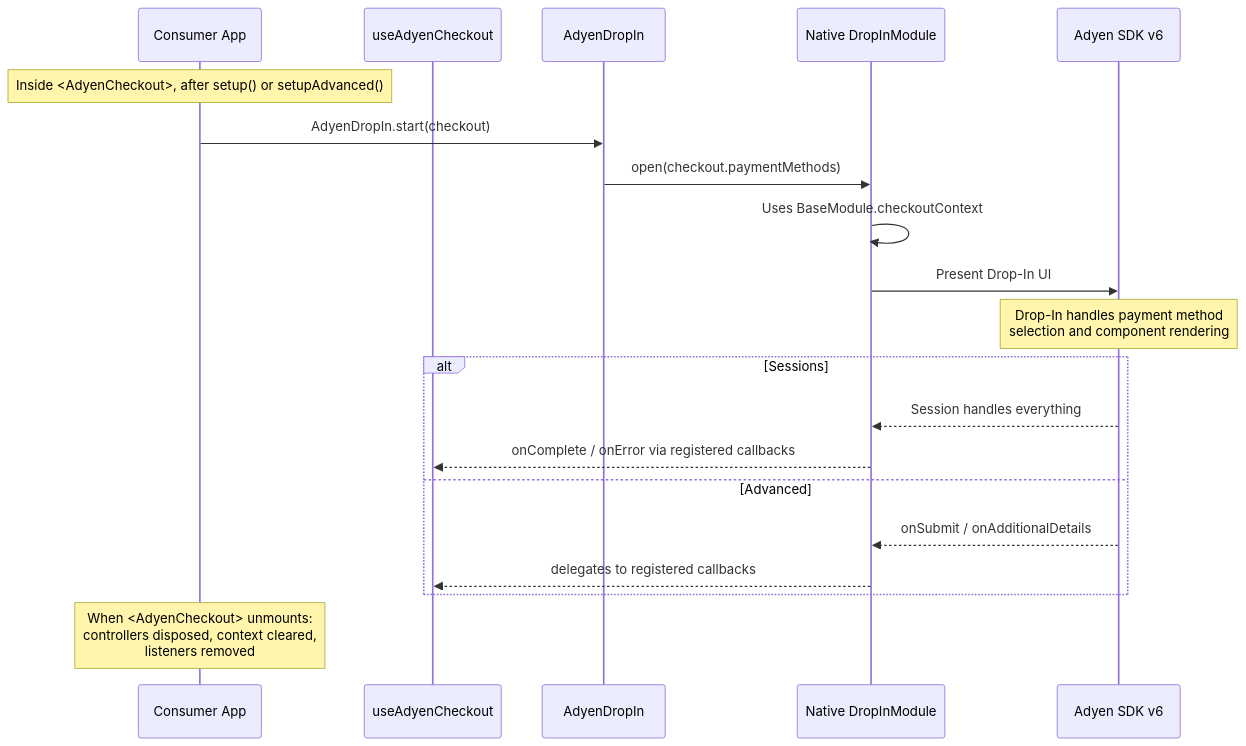
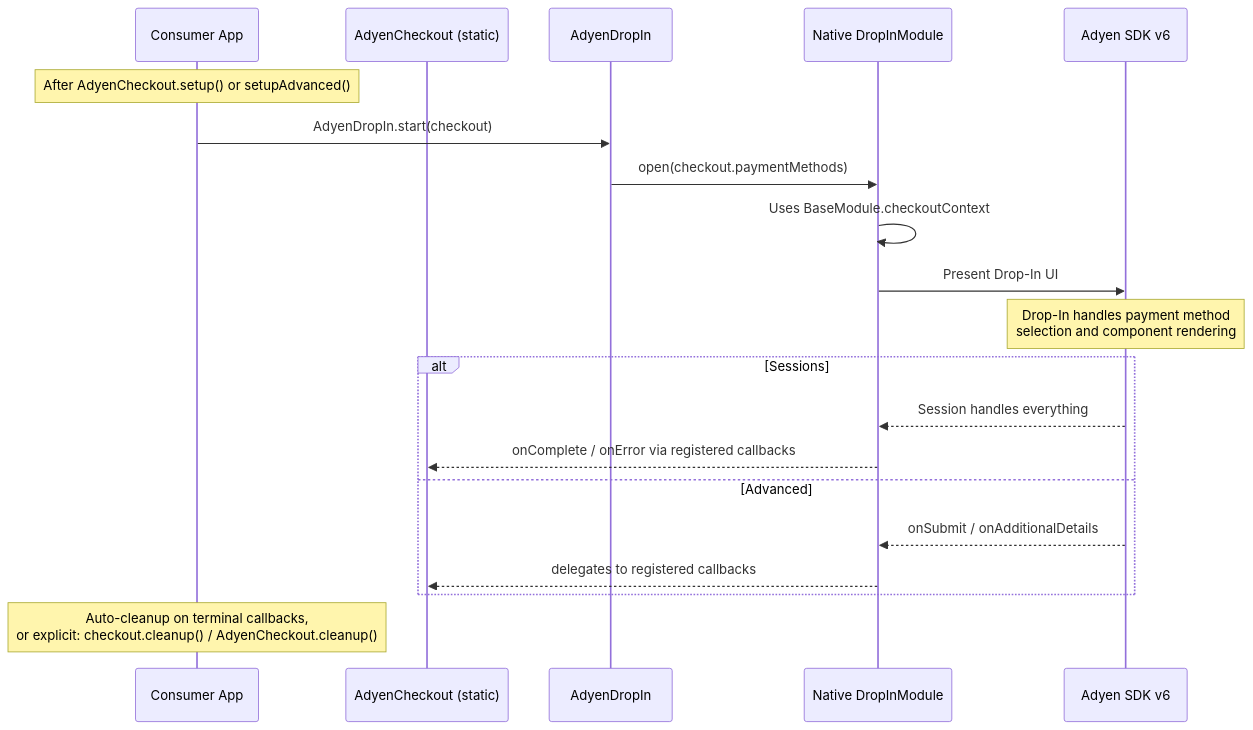
Before and after one commit to Adyen/adyen-react-native: the sixth of 7 diagrams in docs/v6-public-api-proposal.md, drawn with Mermaid. The commit also changed other lines of this file and 26 other files, not shown here.

First line of the commit message:
refactor: replace AdyenCheckout provider with static API (Option B)

````diff
--- a/docs/v6-public-api-proposal.md
+++ b/docs/v6-public-api-proposal.md
@@ -239,27 +246,27 @@
 ```mermaid
 sequenceDiagram
     participant App as Consumer App
-    participant Hook as useAdyenCheckout
+    participant AC as AdyenCheckout (static)
     participant DropIn as AdyenDropIn
     participant Native as Native DropInModule
     participant SDK as Adyen SDK v6
 
-    Note over App: Inside <AdyenCheckout>, after setup() or setupAdvanced()
+    Note over App: After AdyenCheckout.setup() or setupAdvanced()
 
     App->>DropIn: AdyenDropIn.start(checkout)
     DropIn->>Native: open(checkout.paymentMethods)
     Native->>Native: Uses BaseModule.checkoutContext
     Native->>SDK: Present Drop-In UI
 
     Note over SDK: Drop-In handles payment method<br/>selection and component rendering
 
     alt Sessions
         SDK-->>Native: Session handles everything
-        Native-->>Hook: onComplete / onError via registered callbacks
+        Native-->>AC: onComplete / onError via registered callbacks
     else Advanced
         SDK-->>Native: onSubmit / onAdditionalDetails
-        Native-->>Hook: delegates to registered callbacks
+        Native-->>AC: delegates to registered callbacks
     end
 
-    Note over App: When <AdyenCheckout> unmounts:<br/>controllers disposed, context cleared,<br/>listeners removed
+    Note over App: Auto-cleanup on terminal callbacks,<br/>or explicit: checkout.cleanup() / AdyenCheckout.cleanup()
 ```
````
